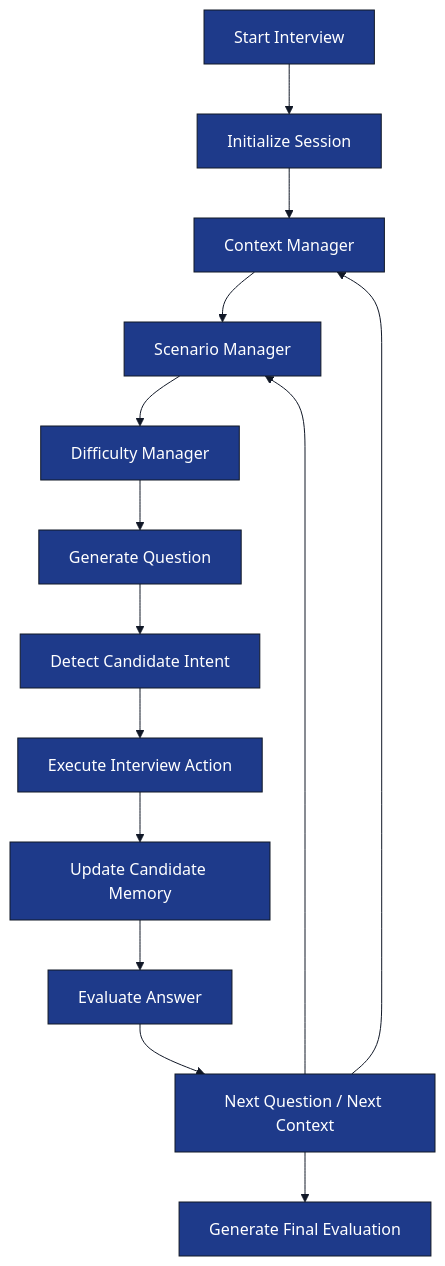
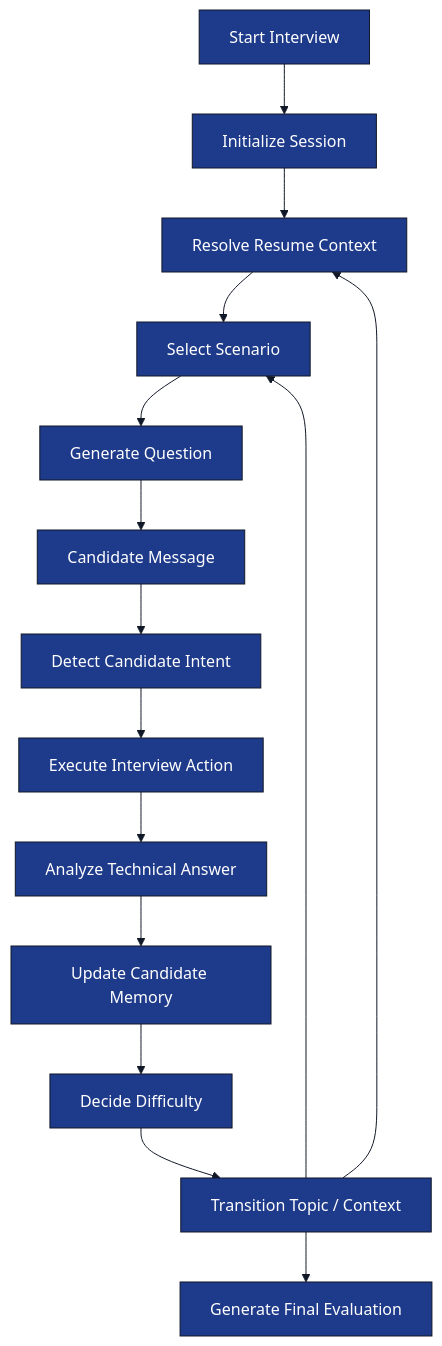
Before and after one commit to Veeru123456778/ai-interview-service: the first of 2 diagrams in docs/tech-spec/04_interview_engine.md, drawn with Mermaid. The commit also changed other lines of this file, not shown here.

````diff
--- a/docs/tech-spec/04_interview_engine.md
+++ b/docs/tech-spec/04_interview_engine.md
@@ -53,57 +55,53 @@
 ```mermaid
 %%{init:{
   "theme":"base",
   "themeVariables":{
     "background":"#FFFFFF",
     "primaryColor":"#1E3A8A",
     "primaryTextColor":"#FFFFFF",
     "primaryBorderColor":"#111827",
     "secondaryColor":"#2563EB",
     "secondaryTextColor":"#FFFFFF",
     "tertiaryColor":"#DBEAFE",
     "lineColor":"#111827",
     "edgeLabelBackground":"#FFFFFF",
     "fontFamily":"Inter"
   }
 }}%%
 
 flowchart TD
 
     START["Start Interview"]
-
     INIT["Initialize Session"]
-
-    CONTEXT["Context Manager"]
-
-    SCENARIO["Scenario Manager"]
-
-    DIFFICULTY["Difficulty Manager"]
-
+    CONTEXT["Resolve Resume Context"]
+    SCENARIO["Select Scenario"]
     QUESTION["Generate Question"]
 
+    MESSAGE["Candidate Message"]
+
     INTENT["Detect Candidate Intent"]
-
     ACTION["Execute Interview Action"]
-
+    EVALUATE["Analyze Technical Answer"]
     MEMORY["Update Candidate Memory"]
-
-    EVALUATE["Evaluate Answer"]
-
-    NEXT["Next Question / Next Context"]
+    DIFFICULTY["Decide Difficulty"]
+    NEXT["Transition Topic / Context"]
 
     FINAL["Generate Final Evaluation"]
 
     START --> INIT
     INIT --> CONTEXT
     CONTEXT --> SCENARIO
-    SCENARIO --> DIFFICULTY
-    DIFFICULTY --> QUESTION
-    QUESTION --> INTENT
+    SCENARIO --> QUESTION
+    QUESTION --> MESSAGE
+
+    MESSAGE --> INTENT
     INTENT --> ACTION
-    ACTION --> MEMORY
-    MEMORY --> EVALUATE
-    EVALUATE --> NEXT
+    ACTION --> EVALUATE
+    EVALUATE --> MEMORY
+    MEMORY --> DIFFICULTY
+    DIFFICULTY --> NEXT
+
     NEXT --> SCENARIO
     NEXT --> CONTEXT
     NEXT --> FINAL
 ```
````
